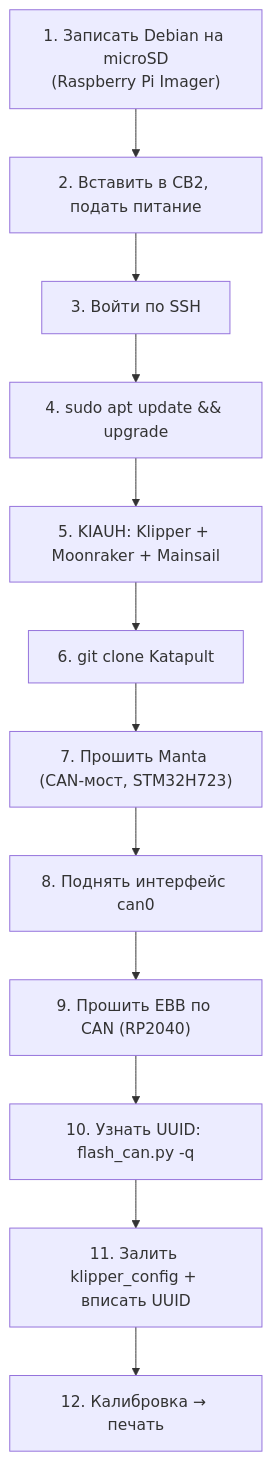
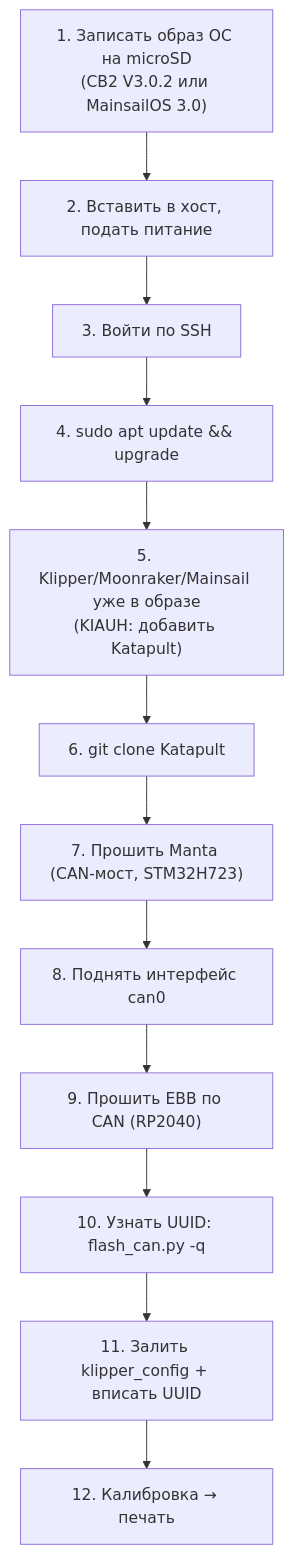
One commit to Gr1mSkull/Voron2.4_Gr1mSkull changed the diagram in images/a6-software.mmd. Above: the diagram before and after it, drawn with Mermaid. The commit also changed 2 other files, not shown here.

Commit message:
docs: ОС хоста — CB2 V3.0.2 (Debian 12) и MainsailOS 3.0 для RPi 4B

```diff
--- a/images/a6-software.mmd
+++ b/images/a6-software.mmd
@@ -1,12 +1,12 @@
 flowchart TB
-    A["1. Записать Debian на microSD<br/>(Raspberry Pi Imager)"] --> B["2. Вставить в CB2, подать питание"]
+    A["1. Записать образ ОС на microSD<br/>(CB2 V3.0.2 или MainsailOS 3.0)"] --> B["2. Вставить в хост, подать питание"]
     B --> C["3. Войти по SSH"]
     C --> D["4. sudo apt update && upgrade"]
-    D --> E["5. KIAUH: Klipper + Moonraker + Mainsail"]
+    D --> E["5. Klipper/Moonraker/Mainsail уже в образе<br/>(KIAUH: добавить Katapult)"]
     E --> F["6. git clone Katapult"]
     F --> G["7. Прошить Manta (CAN-мост, STM32H723)"]
     G --> H["8. Поднять интерфейс can0"]
     H --> I["9. Прошить EBB по CAN (RP2040)"]
     I --> J["10. Узнать UUID: flash_can.py -q"]
     J --> K["11. Залить klipper_config + вписать UUID"]
     K --> L["12. Калибровка → печать"]
```
